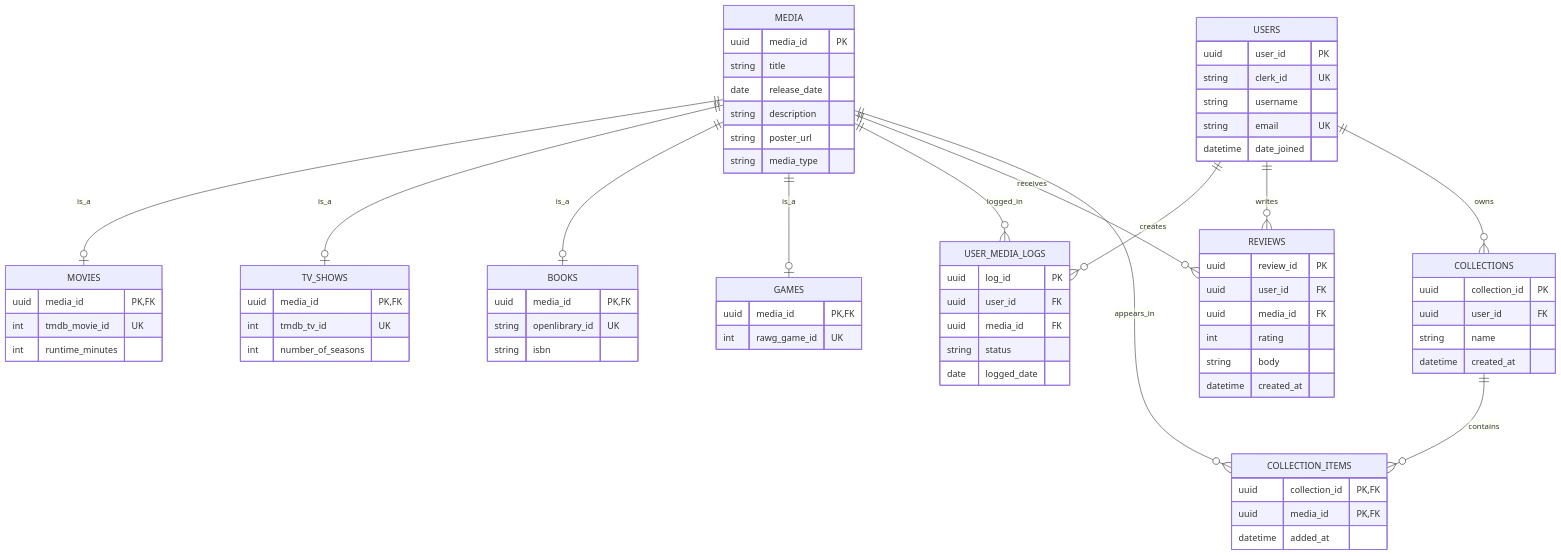
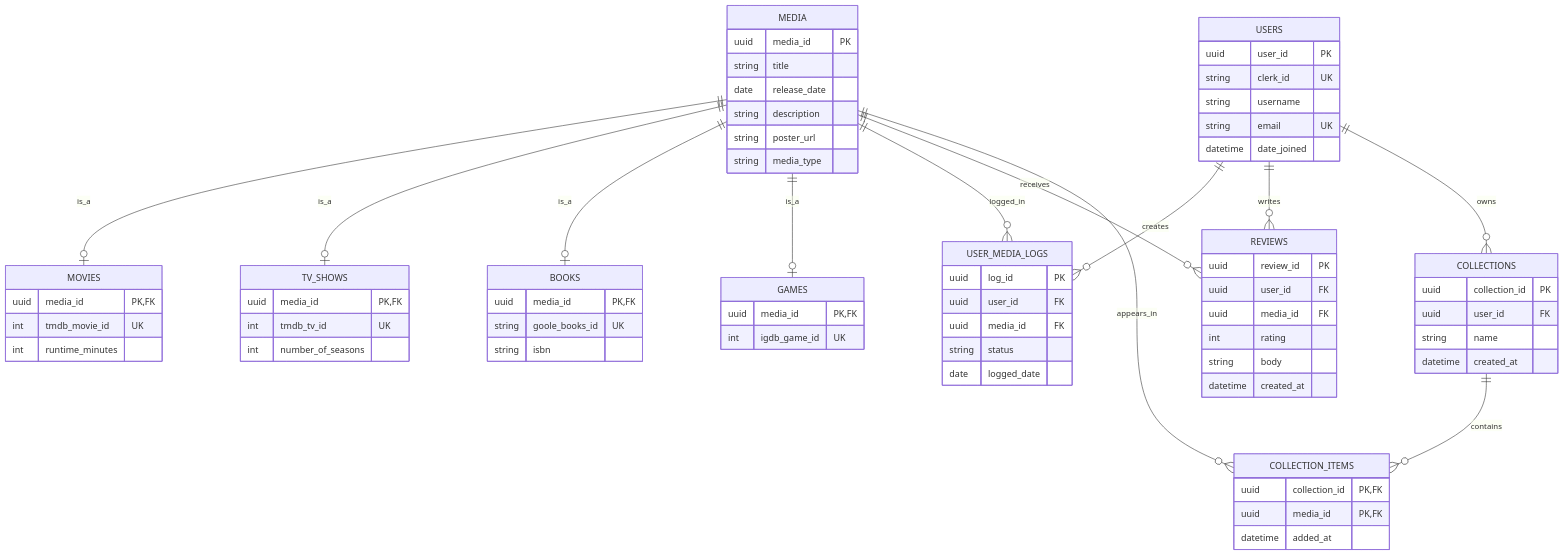
One commit to ArionKennedy/PaletteProject changed the diagram in Docs/database.md. Above: the diagram before and after it, drawn with Mermaid. The commit also changed other lines of this file and 16 other files, not shown here.

Commit message:
Renamed RawgId to IgdbGameId throughout the codebase, added migration for that. fixed the failing tests and added more tests related to game media type

```diff
--- a/Docs/database.md
+++ b/Docs/database.md
@@ -35,13 +35,13 @@
 
     BOOKS {
         uuid media_id PK,FK
-        string openlibrary_id UK
+        string goole_books_id UK
         string isbn
     }
 
     GAMES {
         uuid media_id PK,FK
-        int rawg_game_id UK
+        int igdb_game_id UK
     }
 
     USER_MEDIA_LOGS {
```
